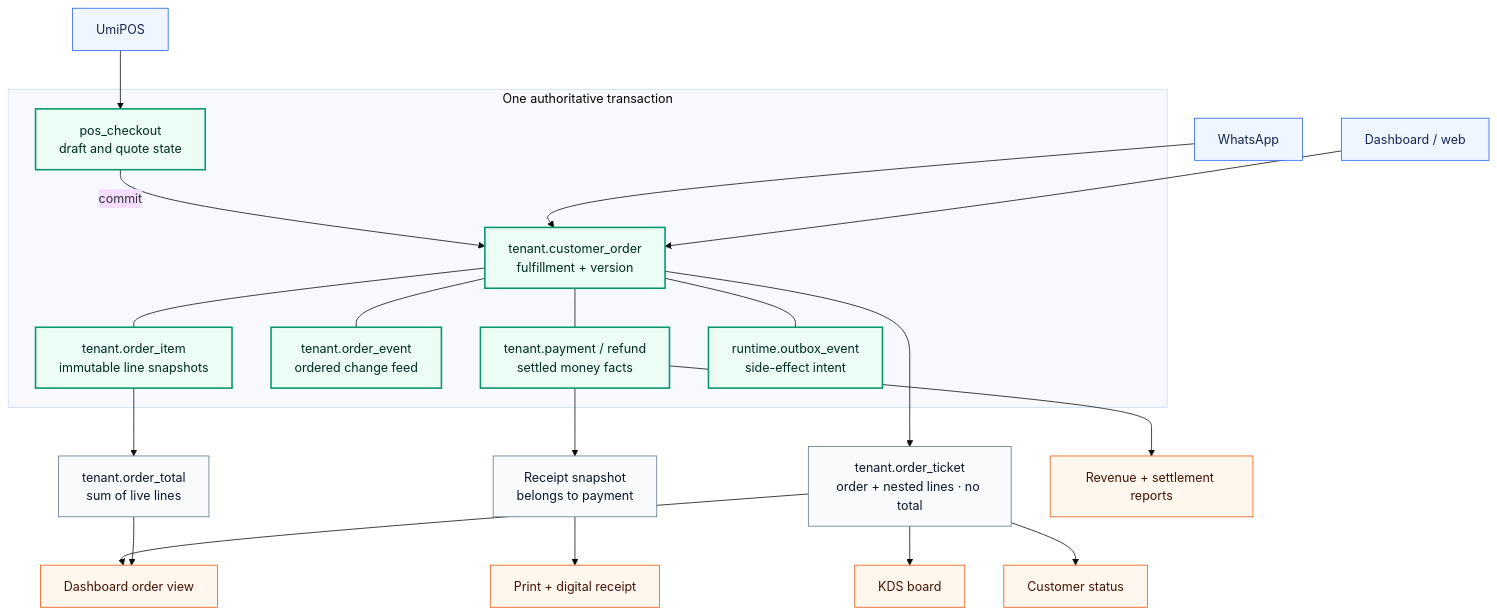
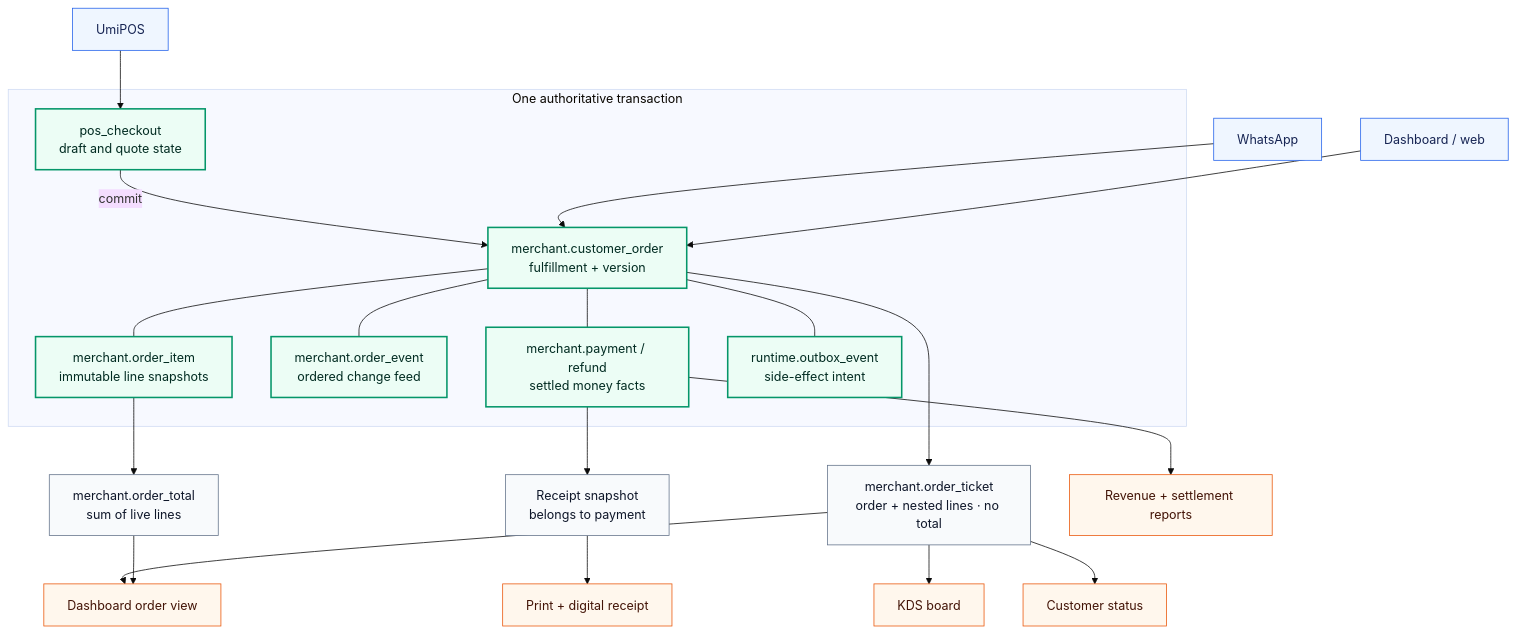
The tenth of 17 diagrams in docs/architecture/umi-platform-architecture-presentation.md (umiconsulting/umi), drawn with Mermaid (base theme) before and after one commit. The commit also changed other lines of this file and 214 other files, not shown here.

````diff
--- a/docs/architecture/umi-platform-architecture-presentation.md
+++ b/docs/architecture/umi-platform-architecture-presentation.md
@@ -491,41 +491,41 @@
 ```mermaid
 flowchart TB
   classDef source fill:#eff6ff,stroke:#2563eb,color:#172554
   classDef tx fill:#ecfdf5,stroke:#059669,color:#022c22,stroke-width:2px
   classDef view fill:#f8fafc,stroke:#64748b,color:#0f172a
   classDef consumer fill:#fff7ed,stroke:#ea580c,color:#431407
 
   WA["WhatsApp"]:::source
   POS["UmiPOS"]:::source
   WEB["Dashboard / web"]:::source
 
   subgraph TX["One authoritative transaction"]
     Checkout["pos_checkout<br/>draft and quote state"]:::tx
-    Order["tenant.customer_order<br/>fulfillment + version"]:::tx
-    Items["tenant.order_item<br/>immutable line snapshots"]:::tx
-    Event["tenant.order_event<br/>ordered change feed"]:::tx
-    Payment["tenant.payment / refund<br/>settled money facts"]:::tx
+    Order["merchant.customer_order<br/>fulfillment + version"]:::tx
+    Items["merchant.order_item<br/>immutable line snapshots"]:::tx
+    Event["merchant.order_event<br/>ordered change feed"]:::tx
+    Payment["merchant.payment / refund<br/>settled money facts"]:::tx
     Outbox["runtime.outbox_event<br/>side-effect intent"]:::tx
 
     Checkout -->|"commit"| Order
     Order --- Items
     Order --- Event
     Order --- Payment
     Order --- Outbox
   end
 
   WA --> Order
   POS --> Checkout
   WEB --> Order
 
-  Order --> Ticket["tenant.order_ticket<br/>order + nested lines · no total"]:::view
-  Items --> Total["tenant.order_total<br/>sum of live lines"]:::view
+  Order --> Ticket["merchant.order_ticket<br/>order + nested lines · no total"]:::view
+  Items --> Total["merchant.order_total<br/>sum of live lines"]:::view
   Payment --> Receipt["Receipt snapshot<br/>belongs to payment"]:::view
 
   Ticket --> KDS["KDS board"]:::consumer
   Ticket --> Status["Customer status"]:::consumer
   Ticket --> Dash["Dashboard order view"]:::consumer
   Total --> Dash
   Receipt --> POSReceipt["Print + digital receipt"]:::consumer
   Payment --> Reports["Revenue + settlement reports"]:::consumer
 ```
````
